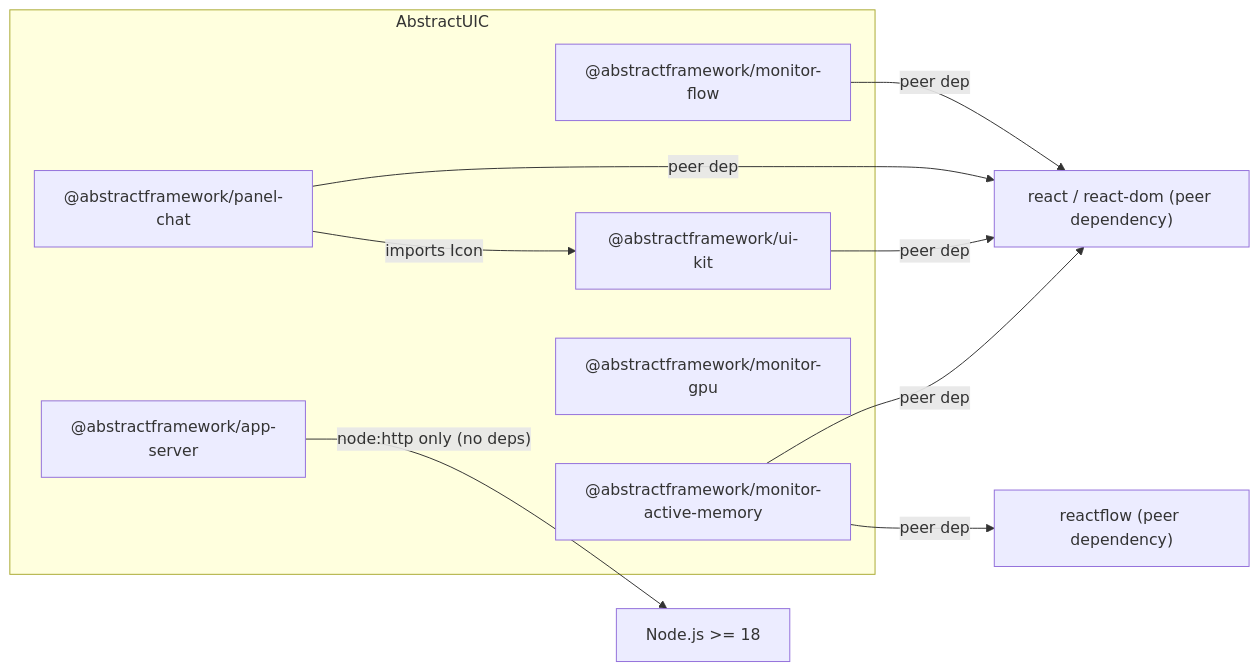
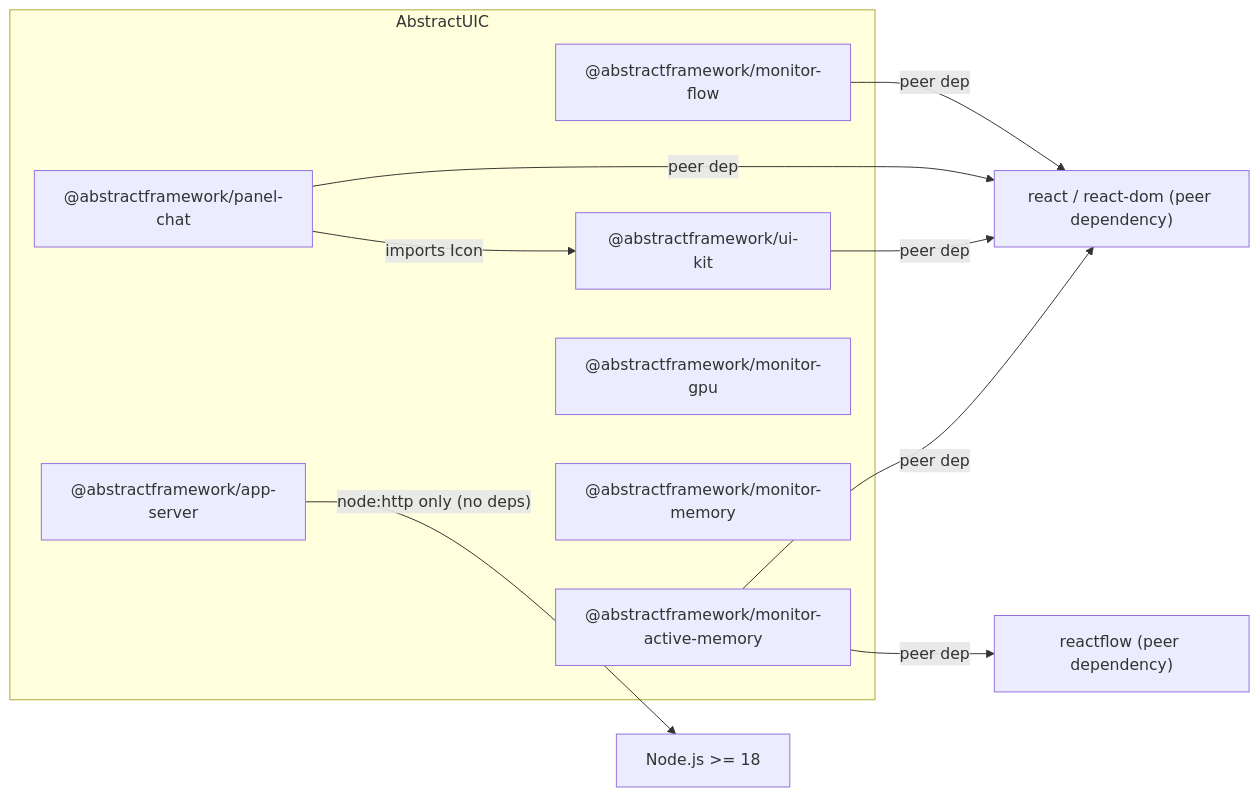
Before and after one commit to lpalbou/AbstractUIC: the first of 3 diagrams in docs/architecture.md, drawn with Mermaid. The commit also changed other lines of this file and 21 other files, not shown here.

````diff
--- a/docs/architecture.md
+++ b/docs/architecture.md
@@ -20,19 +20,20 @@
 ```mermaid
 flowchart LR
   subgraph AbstractUIC
     UIKIT["@abstractframework/ui-kit"]
     CHAT["@abstractframework/panel-chat"]
     APPSRV["@abstractframework/app-server"]
     FLOW["@abstractframework/monitor-flow"]
     AMX["@abstractframework/monitor-active-memory"]
     GPU["@abstractframework/monitor-gpu"]
+    MEM["@abstractframework/monitor-memory"]
   end
 
   CHAT -->|"imports Icon"| UIKIT
   AMX -->|"peer dep"| ReactFlow["reactflow (peer dependency)"]
   FLOW -->|"peer dep"| React["react / react-dom (peer dependency)"]
   CHAT -->|"peer dep"| React
   UIKIT -->|"peer dep"| React
   AMX -->|"peer dep"| React
   APPSRV -->|"node:http only (no deps)"| Node["Node.js >= 18"]
 ```
````
